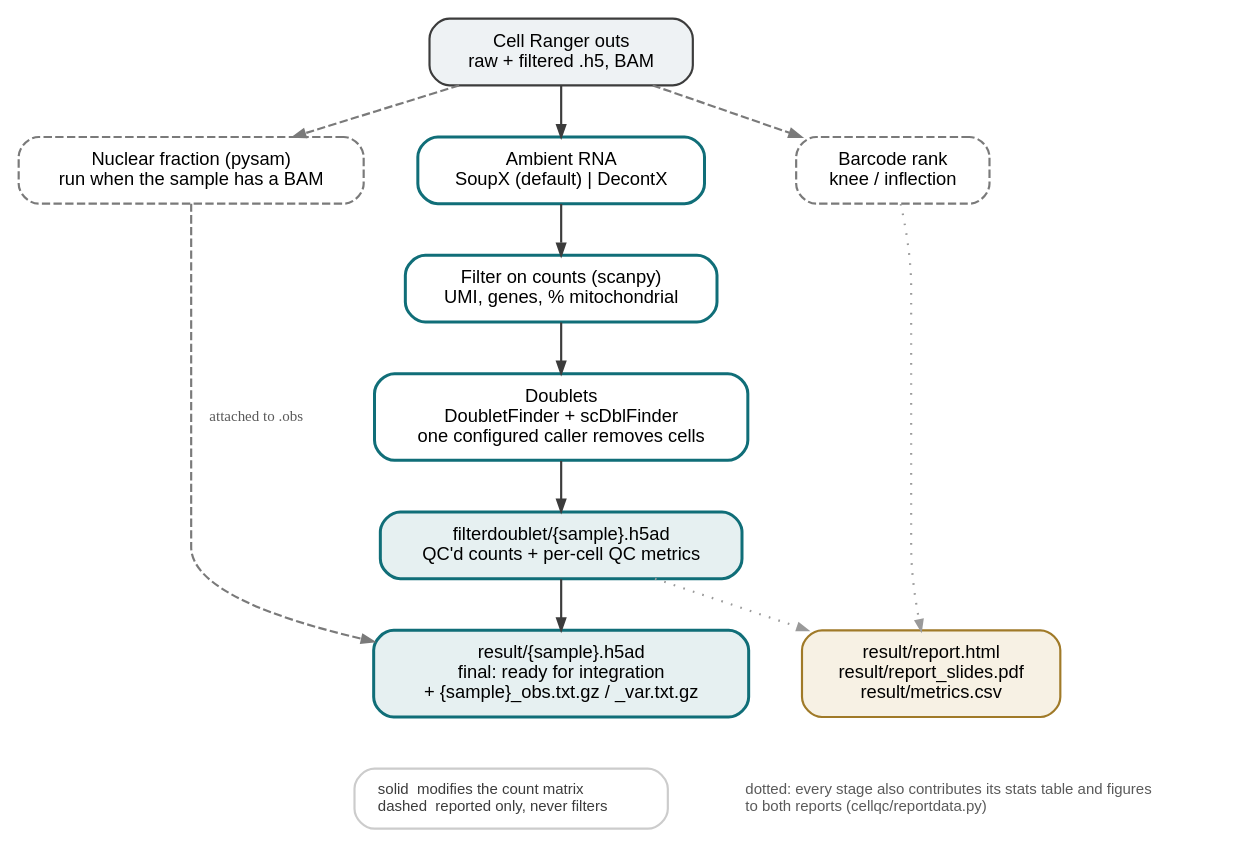
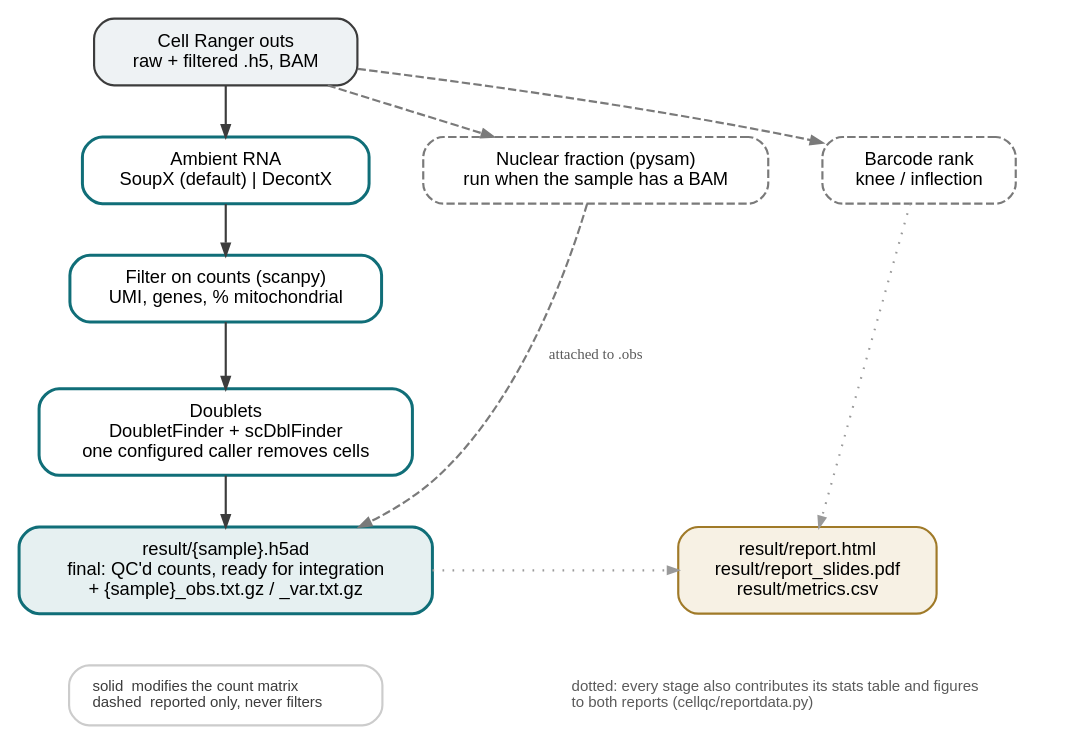
Before and after one commit to lijinbio/cellqc: the diagram in docs/workflow.dot, drawn with Graphviz. The commit also changed 7 other files, not shown here.

First line of the commit message:
Make filterdoublet's matrix temp(); drop its obs/var dumps

```diff
--- a/docs/workflow.dot
+++ b/docs/workflow.dot
@@ -1,66 +1,63 @@
 /* cellqc v0.2.0 pipeline overview -- source for docs/workflow.png.
  *
  * Regenerate with docs/make_figures.sh (or: dot -Tpng -Gdpi=300 docs/workflow.dot
  * -o docs/workflow.png). Keeping the source in the repo is why the v0.1.0
  * diagram could go stale for a whole release: it existed only as a PNG.
  *
  * The one distinction the diagram has to carry is which steps touch the counts.
  * Solid = the count matrix is modified. Dashed = computed and reported, never
  * used to drop a cell.
  */
 digraph cellqc {
 	graph [bgcolor=white, rankdir=TB, nodesep=0.45, ranksep=0.40, fontname="Helvetica"];
 	node [shape=box, style="rounded,filled", fillcolor="#ffffff", color="#3c3c3c",
 		fontname="Helvetica", fontsize=11, penwidth=1.3, margin="0.20,0.11"];
 	edge [color="#3c3c3c", penwidth=1.3, arrowsize=0.7];
 
 	cr [label="Cell Ranger outs\nraw + filtered .h5, BAM", fillcolor="#eef2f4"];
 
 	/* Counts path: each of these rewrites the matrix. */
 	ambient [label="Ambient RNA\nSoupX (default) | DecontX", color="#106e78", penwidth=1.8];
 	filter  [label="Filter on counts (scanpy)\nUMI, genes, % mitochondrial", color="#106e78", penwidth=1.8];
 	doublet [label="Doublets\nDoubletFinder + scDblFinder\none configured caller removes cells",
 		color="#106e78", penwidth=1.8];
-	result  [label="filterdoublet/{sample}.h5ad\nQC'd counts + per-cell QC metrics",
-		fillcolor="#e6f0f1", color="#106e78", penwidth=1.8];
-	post    [label="result/{sample}.h5ad\nfinal: ready for integration\n+ {sample}_obs.txt.gz / _var.txt.gz",
+	post    [label="result/{sample}.h5ad\nfinal: QC'd counts, ready for integration\n+ {sample}_obs.txt.gz / _var.txt.gz",
 		fillcolor="#e6f0f1", color="#106e78", penwidth=1.8];
 
 	/* Diagnostics: reported, never applied. */
 	knee [label="Barcode rank\nknee / inflection",
 		style="rounded,dashed,filled", color="#7a7a7a"];
 	nf   [label="Nuclear fraction (pysam)\nrun when the sample has a BAM",
 		style="rounded,dashed,filled", color="#7a7a7a"];
 
 	reports [label="result/report.html\nresult/report_slides.pdf\nresult/metrics.csv",
 		fillcolor="#f7f1e4", color="#a07a28"];
 
 	/* Main chain, weighted so it stays a straight vertical spine. */
 	cr -> ambient [weight=10];
 	ambient -> filter [weight=10];
 	filter -> doublet [weight=10];
-	doublet -> result [weight=10];
-	result -> post [weight=10];
+	doublet -> post [weight=10];
 
 	cr -> knee [style=dashed, color="#7a7a7a"];
 	cr -> nf   [style=dashed, color="#7a7a7a"];
 	nf -> post [style=dashed, color="#7a7a7a", label=" attached to .obs",
 		fontsize=9, fontcolor="#5a5a5a"];
 
 	/* Both reports are built from one collected set of stats, so the HTML and
 	 * the slides cannot describe different runs. */
-	result -> reports [style=dotted, color="#9a9a9a", arrowsize=0.6];
-	knee   -> reports [style=dotted, color="#9a9a9a", arrowsize=0.6];
+	post -> reports [style=dotted, color="#9a9a9a", arrowsize=0.6];
+	knee -> reports [style=dotted, color="#9a9a9a", arrowsize=0.6];
 
 	note [shape=plaintext, style="", fontsize=9, fontcolor="#5a5a5a",
 		label="dotted: every stage also contributes its stats table and figures\lto both reports (cellqc/reportdata.py)\l"];
 	reports -> note [style=invis];
 
 	legend [shape=box, style="rounded", color="#cccccc", fontsize=9, fontcolor="#3c3c3c",
 		label="solid  modifies the count matrix\ldashed  reported only, never filters\l"];
 	post -> legend [style=invis];
 
 	{ rank=same; knee; ambient; nf; }
 	{ rank=same; post; reports; }
 	{ rank=same; legend; note; }
 }
```
